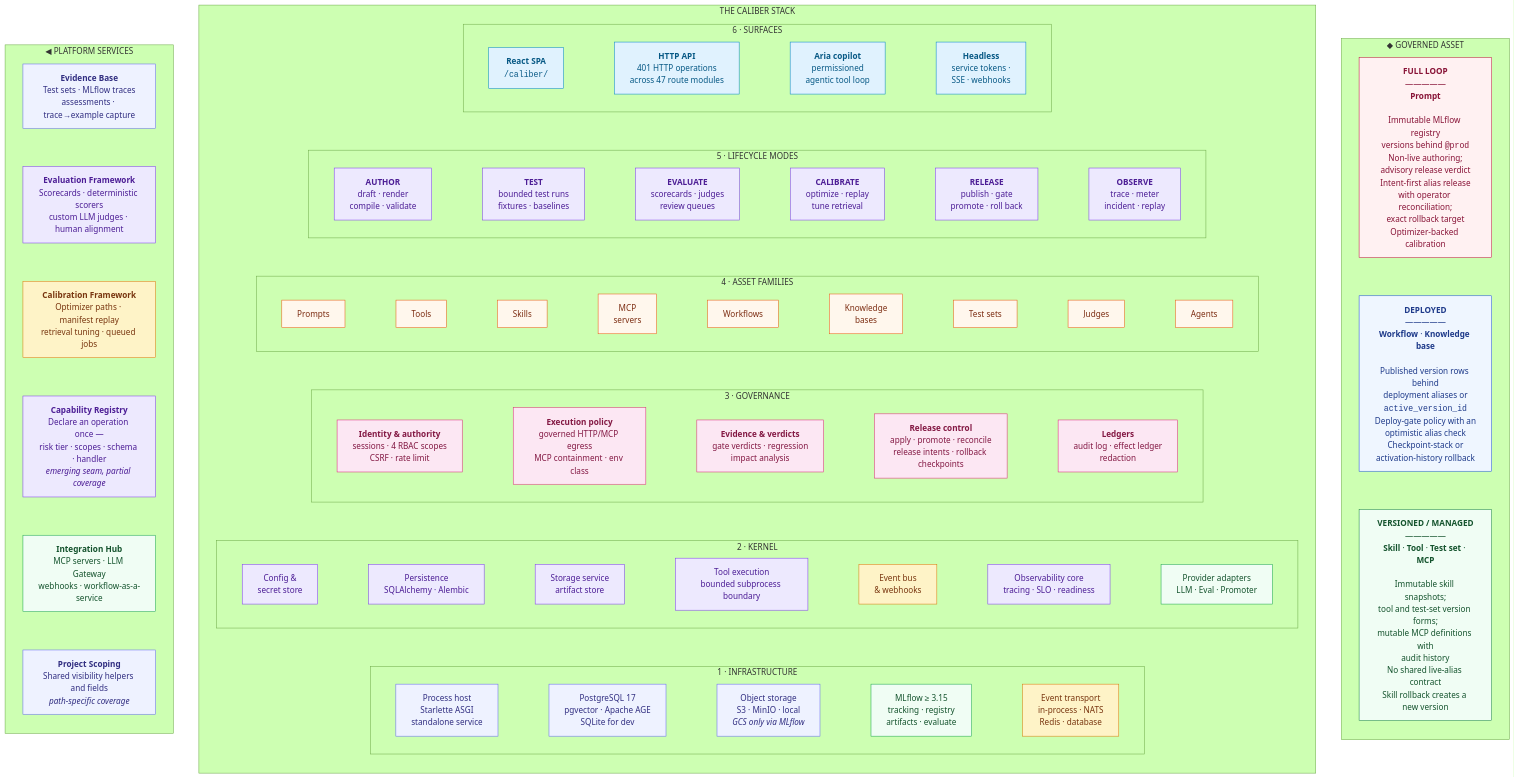
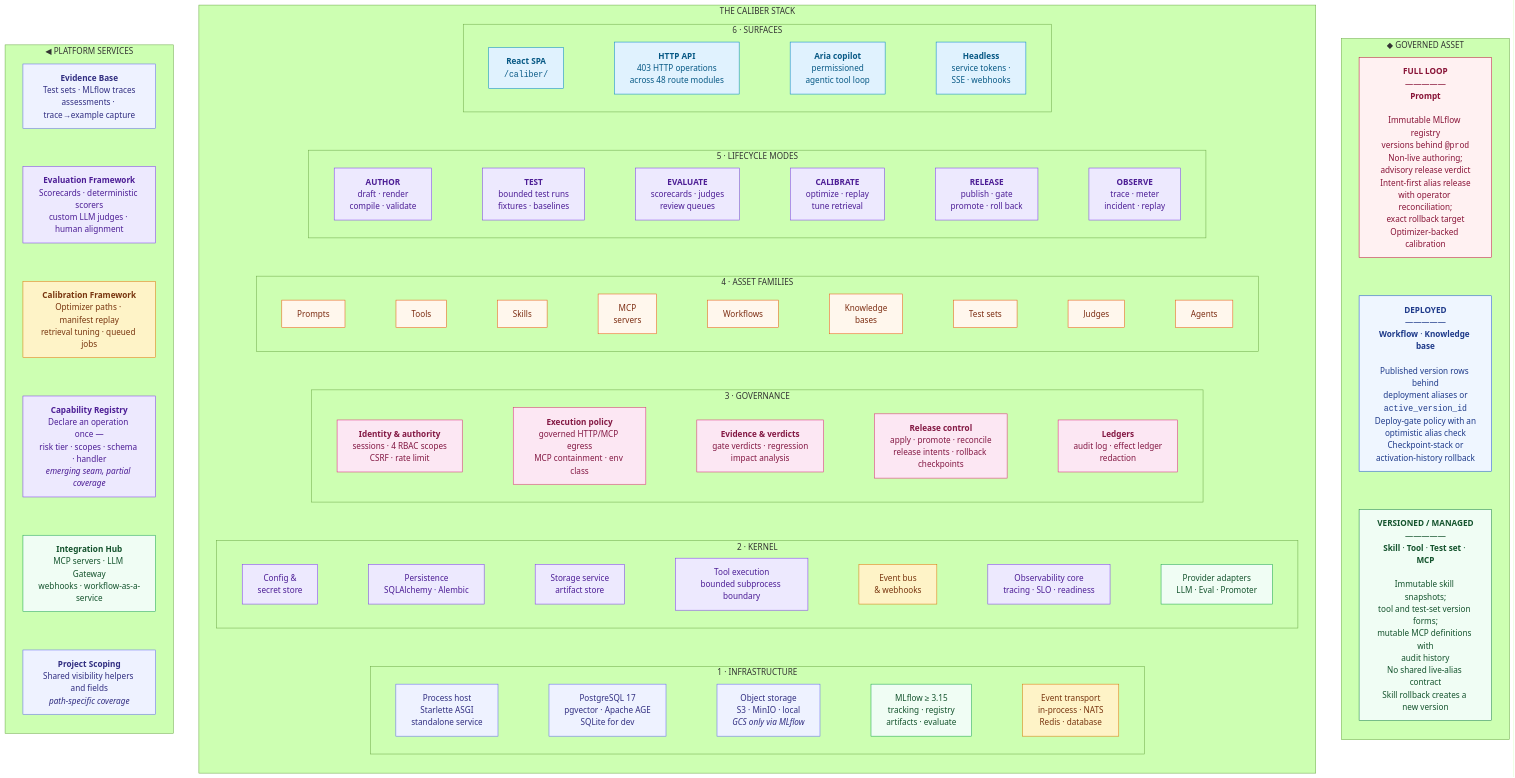
Before and after one commit to rrahimi-uci/caliber-suite: the first of 8 diagrams in ARCHITECTURE.md, drawn with Mermaid (forest theme). The commit also changed 39 other files, not shown here.

```diff
--- a/ARCHITECTURE.md
+++ b/ARCHITECTURE.md
@@ -105,7 +105,7 @@
     subgraph L6["6 · SURFACES"]
       direction LR
       s1["<b>React SPA</b><br/><code>/caliber/</code>"]:::ui
-      s2["<b>HTTP API</b><br/>401 HTTP operations<br/>across 47 route modules"]:::ui
+      s2["<b>HTTP API</b><br/>403 HTTP operations<br/>across 48 route modules"]:::ui
       s3["<b>Aria copilot</b><br/>permissioned<br/>agentic tool loop"]:::ui
       s4["<b>Headless</b><br/>service tokens ·<br/>SSE · webhooks"]:::ui
       s1 --- s2 --- s3 --- s4
```
